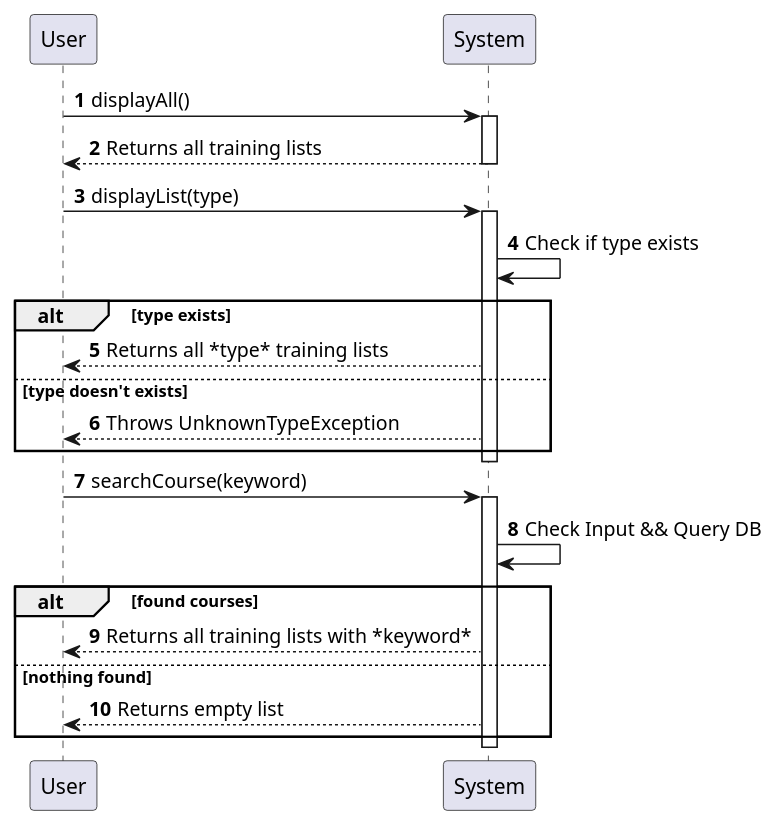
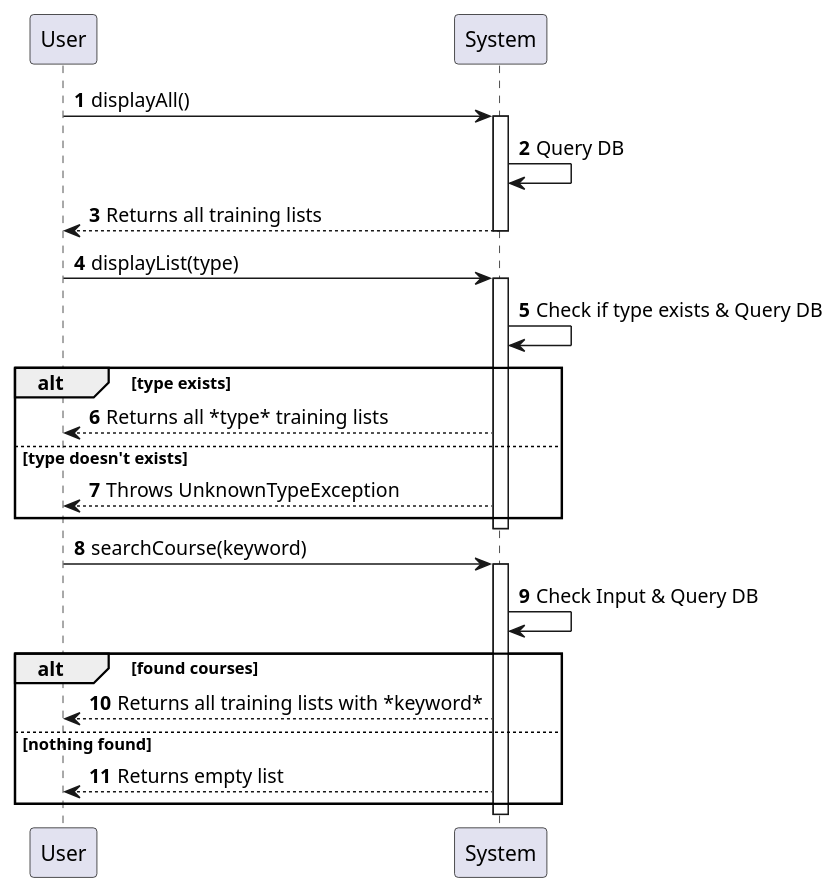
One commit to matthieu-27/eval_java_formations changed the diagram in uml_db/SequenceDiagram.puml. Above: the diagram before and after it, drawn with PlantUML.

Commit message:
fix: correction diagramme de sequence (1st part)

```diff
--- a/uml_db/SequenceDiagram.puml
+++ b/uml_db/SequenceDiagram.puml
@@ -1,32 +1,32 @@
 @startuml
 'https://plantuml.com/sequence-diagram
 
 autonumber
 
-
 User -> System: displayAll()
 activate System
+System -> System: Query DB
 System --> User: Returns all training lists
 deactivate System
 
 User -> System: displayList(type)
 activate System
-System -> System: Check if type exists
+System -> System: Check if type exists & Query DB
 alt type exists
     User <-- System: Returns all *type* training lists
 else type doesn't exists
     User <-- System: Throws UnknownTypeException
 end
 deactivate System
 
 User -> System: searchCourse(keyword)
 activate System
-System -> System: Check Input && Query DB
+System -> System: Check Input & Query DB
 alt found courses
     User <-- System: Returns all training lists with *keyword*
 else nothing found
     User <-- System: Returns empty list
 end
 deactivate System
 
 @enduml
```
